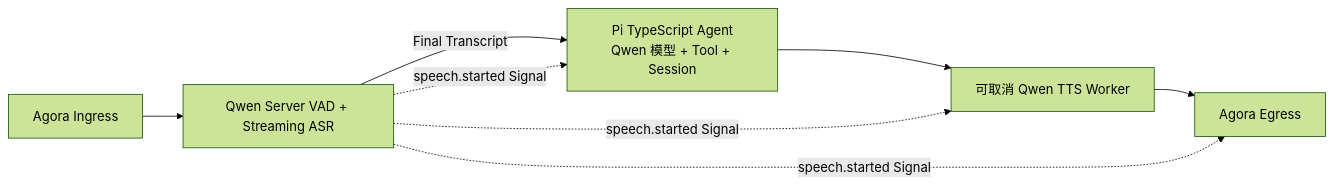
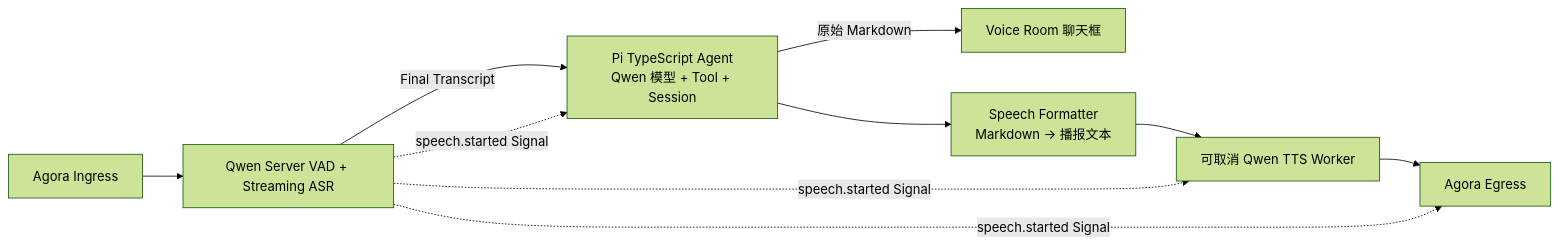
Before and after one commit to PiyotaHu/muxiva: the second of 3 diagrams in docs/site/zh/voice-architecture.md, drawn with Mermaid (forest theme). The commit also changed other lines of this file and 24 other files, not shown here.

Commit message:
feat: make cascade speech output voice friendly

````diff
--- a/docs/site/zh/voice-architecture.md
+++ b/docs/site/zh/voice-architecture.md
@@ -29,10 +29,12 @@
 ```mermaid
 flowchart LR
     IN["Agora Ingress"] --> ASR["Qwen Server VAD + Streaming ASR"]
     ASR -->|"Final Transcript"| AGENT["Pi TypeScript Agent<br/>Qwen 模型 + Tool + Session"]
-    AGENT --> TTS["可取消 Qwen TTS Worker"]
+    AGENT -->|"原始 Markdown"| UI["Voice Room 聊天框"]
+    AGENT --> FORMAT["Speech Formatter<br/>Markdown → 播报文本"]
+    FORMAT --> TTS["可取消 Qwen TTS Worker"]
     TTS --> OUT["Agora Egress"]
     ASR -. "speech.started Signal" .-> AGENT
     ASR -. "speech.started Signal" .-> TTS
     ASR -. "speech.started Signal" .-> OUT
 ```
````
